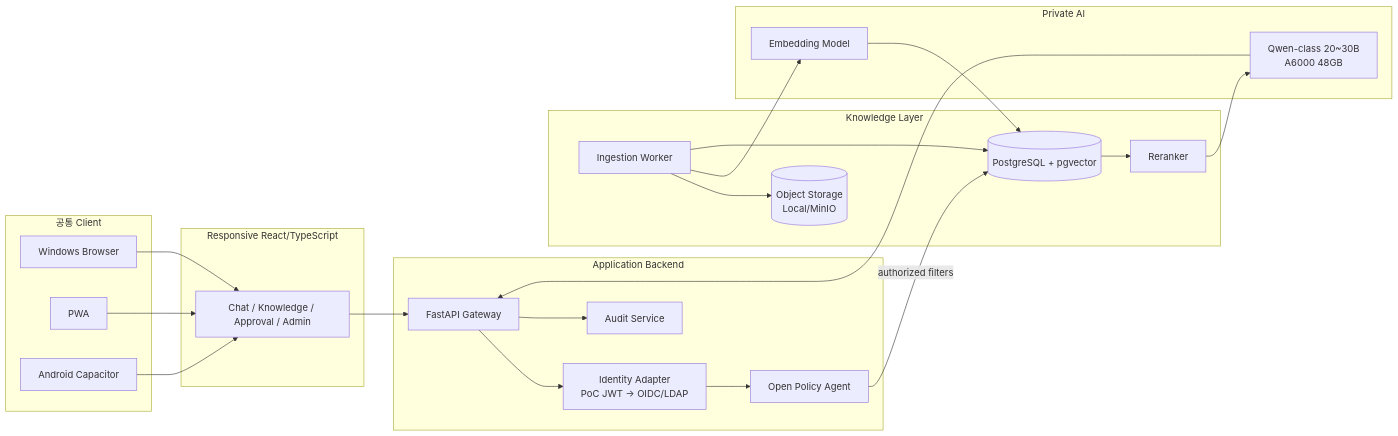
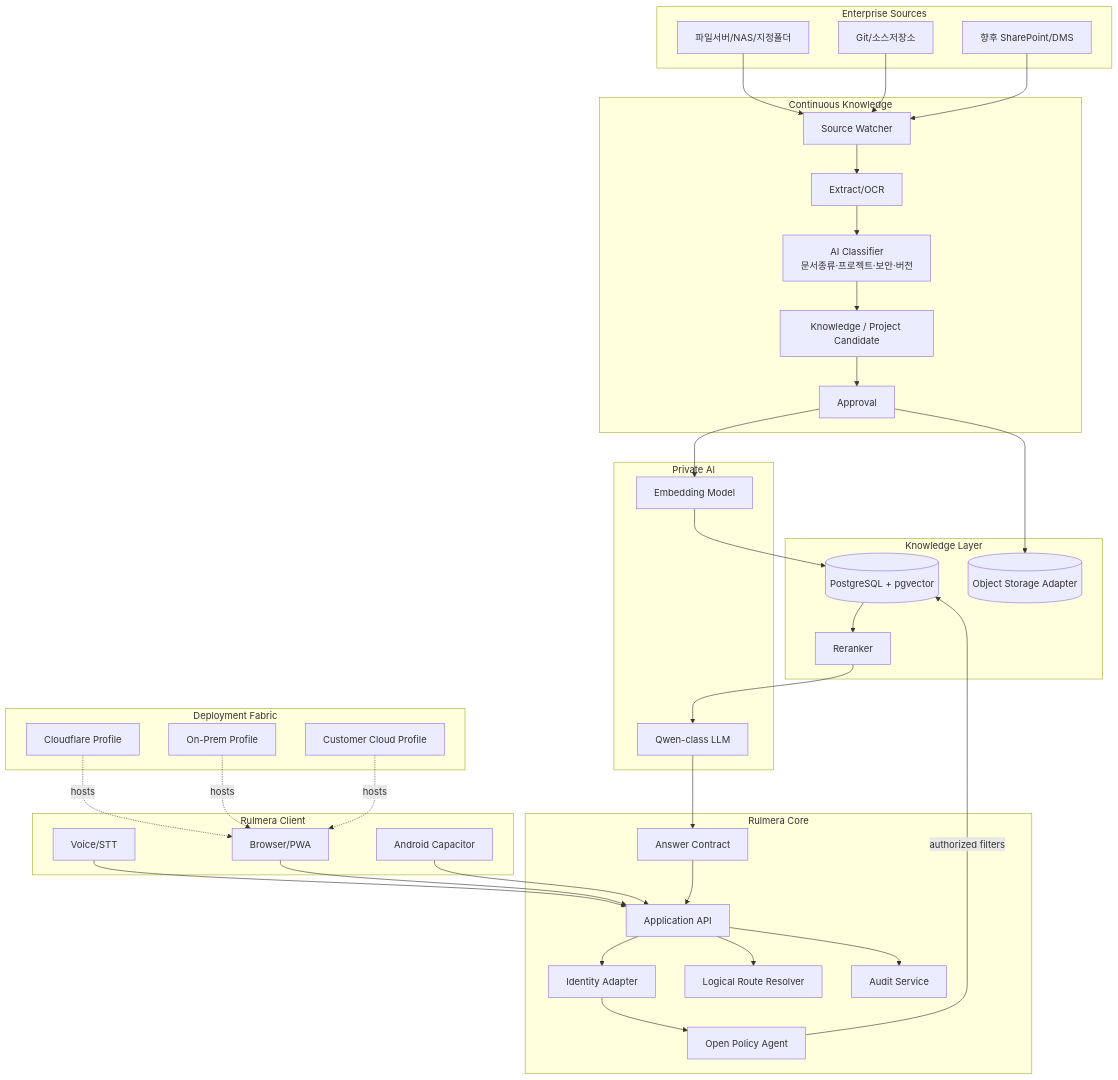
The first of 2 diagrams in rulmera-enterprise-knowledge/20-설계/01-전체-아키텍처.md (hori5000/Rulmera-OPA), drawn with Mermaid before and after one commit. The commit also changed other lines of this file and 38 other files, not shown here.

Commit message:
Sync Rulmera-OPA 전체 Vault 2026-09-16 15:48:24

````diff
--- a/rulmera-enterprise-knowledge/20-설계/01-전체-아키텍처.md
+++ b/rulmera-enterprise-knowledge/20-설계/01-전체-아키텍처.md
@@ -4,44 +7,69 @@
 ```mermaid
-flowchart LR
-  subgraph Client[공통 Client]
-    B[Windows Browser]
-    P[PWA]
-    A[Android Capacitor]
+flowchart TB
+  subgraph Sources[Enterprise Sources]
+    FS[파일서버/NAS/지정폴더]
+    GIT[Git/소스저장소]
+    EXT[향후 SharePoint/DMS]
   end
 
-  subgraph Frontend[Responsive React/TypeScript]
-    UI[Chat / Knowledge / Approval / Admin]
+  subgraph Ingestion[Continuous Knowledge]
+    WATCH[Source Watcher]
+    EXTRACT[Extract/OCR]
+    CLASS[AI Classifier<br/>문서종류·프로젝트·보안·버전]
+    CAND[Knowledge / Project Candidate]
+    APPROVE[Approval]
   end
 
-  subgraph Backend[Application Backend]
-    API[FastAPI Gateway]
-    AUTH[Identity Adapter\nPoC JWT -> OIDC/LDAP]
+  subgraph Client[Rulmera Client]
+    WEB[Browser/PWA]
+    AND[Android Capacitor]
+    VOICE[Voice/STT]
+  end
+
+  subgraph App[Rulmera Core]
+    API[Application API]
+    AUTH[Identity Adapter]
     OPA[Open Policy Agent]
+    ROUTE[Logical Route Resolver]
     AUD[Audit Service]
+    CONTRACT[Answer Contract]
   end
 
   subgraph Knowledge[Knowledge Layer]
-    ING[Ingestion Worker]
     PG[(PostgreSQL + pgvector)]
-    OBJ[(Object Storage\nLocal/MinIO)]
+    OBJ[(Object Storage Adapter)]
     RR[Reranker]
   end
 
   subgraph AI[Private AI]
-    LLM[Qwen-class 20~30B\nA6000 48GB]
+    LLM[Qwen-class LLM]
     EMB[Embedding Model]
   end
 
-  B --> UI
-  P --> UI
-  A --> UI
-  UI --> API
-  API --> AUTH
-  AUTH --> OPA
+  subgraph Deploy[Deployment Fabric]
+    DCF[Cloudflare Profile]
+    DOP[On-Prem Profile]
+    DCC[Customer Cloud Profile]
+  end
+
+  FS --> WATCH
+  GIT --> WATCH
+  EXT --> WATCH
+  WATCH --> EXTRACT --> CLASS --> CAND --> APPROVE
+  APPROVE --> OBJ
+  APPROVE --> EMB --> PG
+
+  VOICE --> API
+  WEB --> API
+  AND --> API
+  API --> AUTH --> OPA
   OPA -->|authorized filters| PG
-  PG --> RR --> LLM --> API
+  PG --> RR --> LLM
+  LLM --> CONTRACT --> API
+  API --> ROUTE
   API --> AUD
-  ING --> OBJ
-  ING --> EMB --> PG
-  ING --> PG
+
+  DCF -.hosts.-> WEB
+  DOP -.hosts.-> WEB
+  DCC -.hosts.-> WEB
 ```
````
